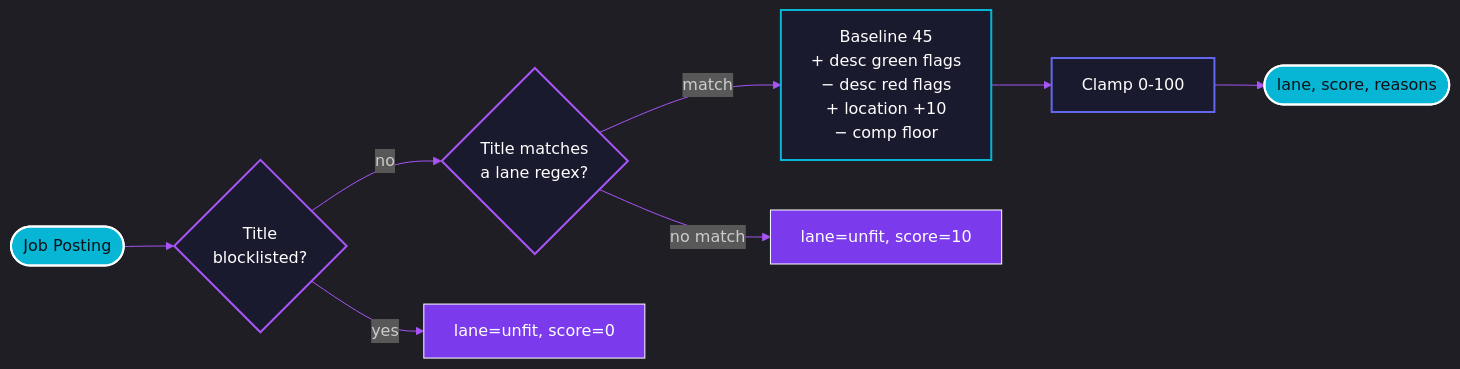
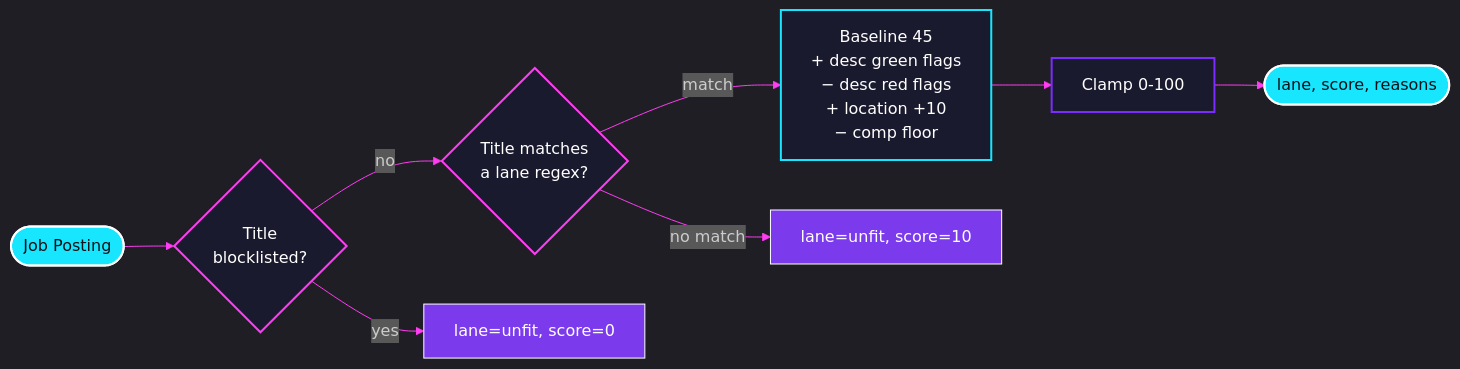
Before and after one commit to Dicoangelo/job-radar-production: the second of 2 diagrams in README.md, drawn with Mermaid. The commit also changed other lines of this file and 2 other files, not shown here.

Commit message:
Brand pass: align radar site to canonical Metaventions AI identity
- Swap favicon + nav/footer mark to the triangle/M logo used on
  metaventionsai.com and sibling sites
- Retune palette to brand gradient #FF3DF2 -> #7B2CFF -> #18E6FF
  (was a generic #a855f7 -> #6366f1 -> #06b6d4)
- Rebuild og.svg with the real logo mark + brand colors
- Remap 52 hard-coded color literals (architecture diagram, orbs,
  badges, mermaid graphs in README)
- Update meta theme-color to brand purple

````diff
--- a/README.md
+++ b/README.md
@@ -328,27 +328,27 @@
 ```mermaid
-%%{init: {'theme': 'dark', 'themeVariables': { 'primaryColor': '#06b6d4', 'primaryTextColor': '#fff', 'primaryBorderColor': '#06b6d4', 'lineColor': '#a855f7', 'secondaryColor': '#1a1a2e', 'tertiaryColor': '#0d1117'}}}%%
+%%{init: {'theme': 'dark', 'themeVariables': { 'primaryColor': '#18E6FF', 'primaryTextColor': '#fff', 'primaryBorderColor': '#18E6FF', 'lineColor': '#FF3DF2', 'secondaryColor': '#1a1a2e', 'tertiaryColor': '#0d1117'}}}%%
 flowchart LR
     POSTING([Job Posting])
     BLOCK{Title<br/>blocklisted?}
     LANE{Title matches<br/>a lane regex?}
     SCORE[Baseline 45<br/>+ desc green flags<br/>− desc red flags<br/>+ location +10<br/>− comp floor]
     CLAMP[Clamp 0-100]
     OUT([lane, score, reasons])
 
     POSTING --> BLOCK
     BLOCK -->|yes| UNFIT[lane=unfit, score=0]
     BLOCK -->|no| LANE
     LANE -->|no match| NOLANE[lane=unfit, score=10]
     LANE -->|match| SCORE
     SCORE --> CLAMP
     CLAMP --> OUT
 
-    style POSTING fill:#06b6d4,color:#0d1117,stroke:#fff,stroke-width:2px
-    style BLOCK fill:#1a1a2e,stroke:#a855f7,stroke-width:2px,color:#fff
-    style LANE fill:#1a1a2e,stroke:#a855f7,stroke-width:2px,color:#fff
-    style SCORE fill:#1a1a2e,stroke:#06b6d4,stroke-width:2px,color:#fff
-    style CLAMP fill:#1a1a2e,stroke:#6366f1,stroke-width:2px,color:#fff
-    style OUT fill:#06b6d4,color:#0d1117,stroke:#fff,stroke-width:2px
+    style POSTING fill:#18E6FF,color:#0d1117,stroke:#fff,stroke-width:2px
+    style BLOCK fill:#1a1a2e,stroke:#FF3DF2,stroke-width:2px,color:#fff
+    style LANE fill:#1a1a2e,stroke:#FF3DF2,stroke-width:2px,color:#fff
+    style SCORE fill:#1a1a2e,stroke:#18E6FF,stroke-width:2px,color:#fff
+    style CLAMP fill:#1a1a2e,stroke:#7B2CFF,stroke-width:2px,color:#fff
+    style OUT fill:#18E6FF,color:#0d1117,stroke:#fff,stroke-width:2px
     style UNFIT fill:#7c3aed,color:#fff,stroke:#fff
     style NOLANE fill:#7c3aed,color:#fff,stroke:#fff
 ```
````
